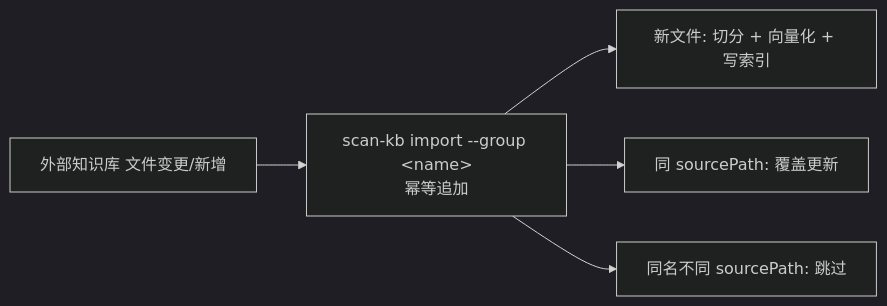
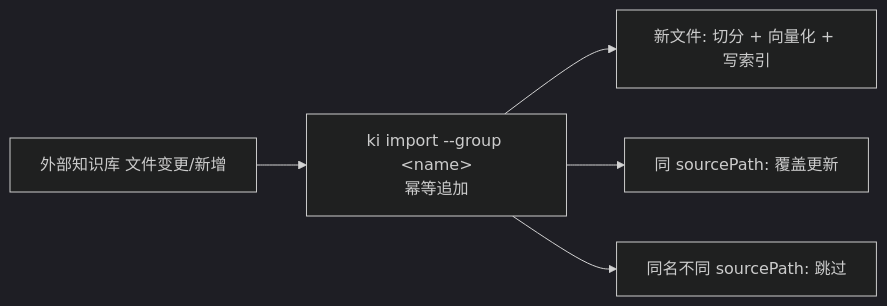
Before and after one commit to HACK-WU/kisearch: the fifth of 5 diagrams in docs/architecture.md, drawn with Mermaid (dark theme). The commit also changed other lines of this file and 33 other files, not shown here.

````diff
--- a/docs/architecture.md
+++ b/docs/architecture.md
@@ -147,7 +147,7 @@
 ```mermaid
 flowchart LR
-    EXT2[外部知识库 文件变更/新增] --> IMP2[scan-kb import --group &lt;name&gt;<br/>幂等追加]
+    EXT2[外部知识库 文件变更/新增] --> IMP2[ki import --group &lt;name&gt;<br/>幂等追加]
     IMP2 --> ADD[新文件: 切分 + 向量化 + 写索引]
     IMP2 --> MOD[同 sourcePath: 覆盖更新]
     IMP2 --> SKIP[同名不同 sourcePath: 跳过]
 ```
````
